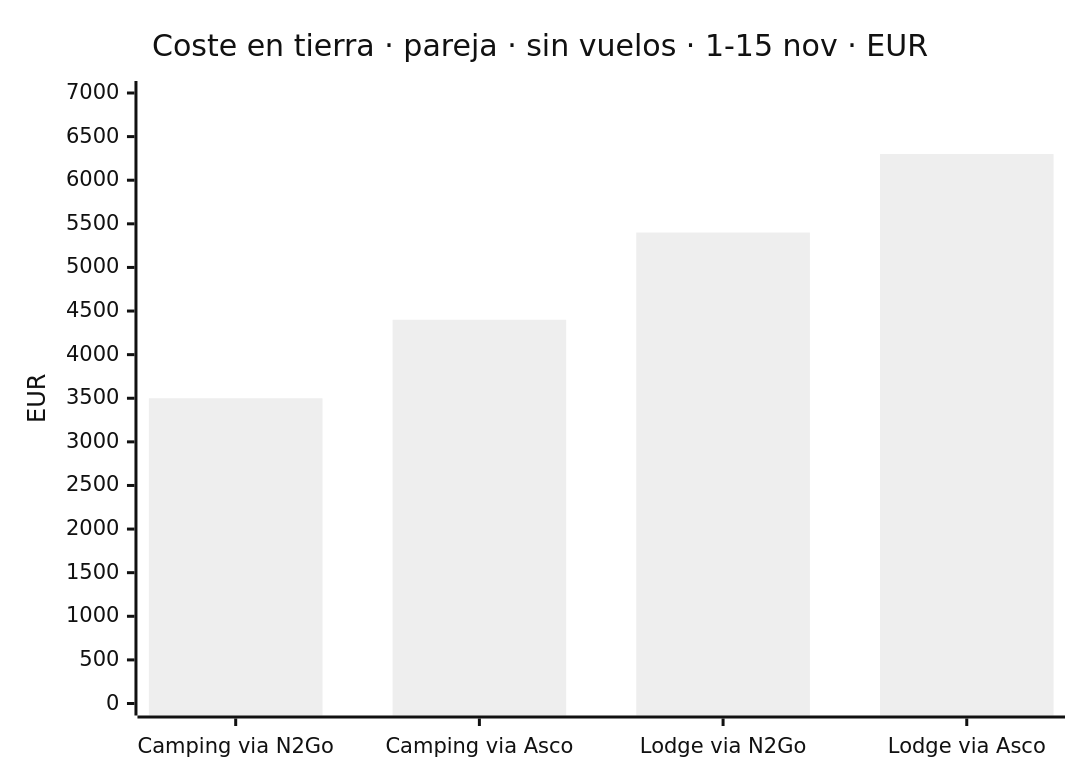
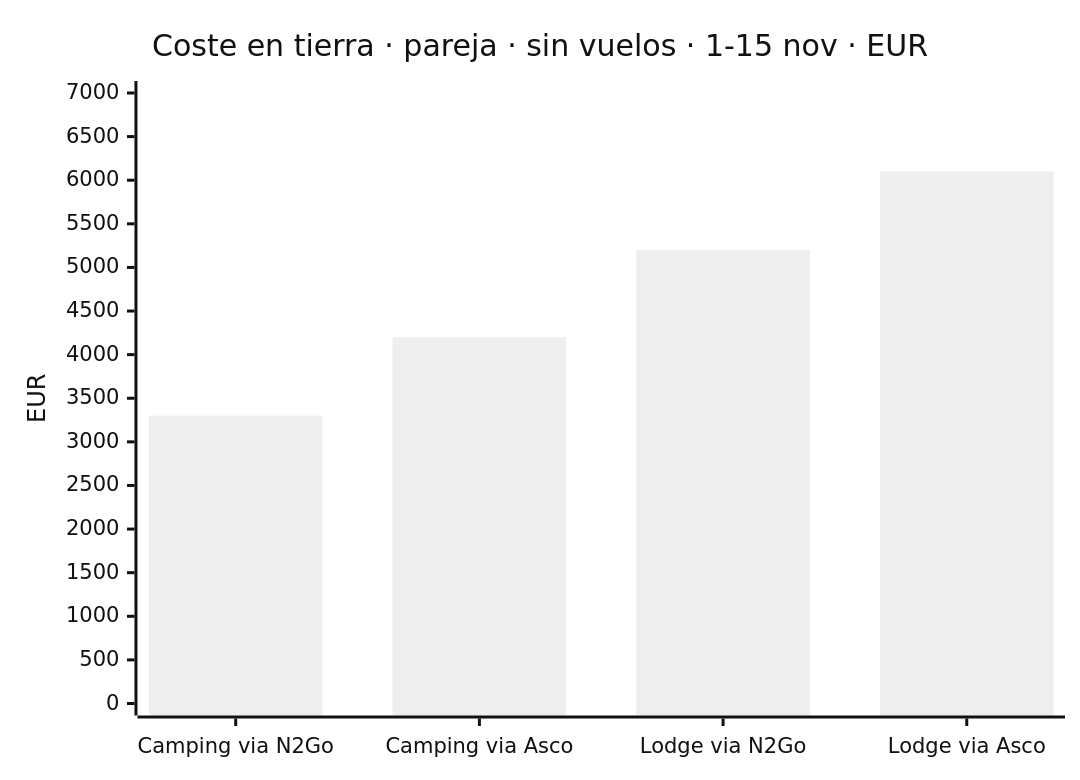
Before and after one commit to morandeirachema/namibia: the fourth of 6 diagrams in README.md, drawn with Mermaid (neutral theme). The commit also changed other lines of this file and 4 other files, not shown here.

````diff
--- a/README.md
+++ b/README.md
@@ -150,7 +159,7 @@
 ```mermaid
 xychart-beta
     title "Coste en tierra · pareja · sin vuelos · 1-15 nov · EUR"
     x-axis ["Camping via N2Go", "Camping via Asco", "Lodge via N2Go", "Lodge via Asco"]
     y-axis "EUR" 0 --> 7000
-    bar [3500, 4400, 5400, 6300]
+    bar [3300, 4200, 5200, 6100]
 ```
````
